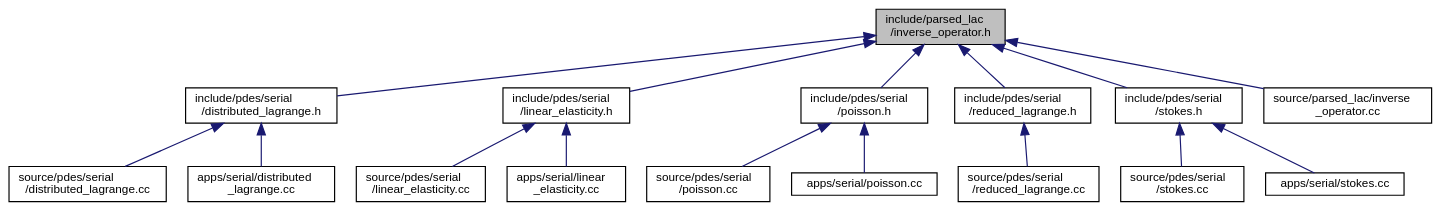
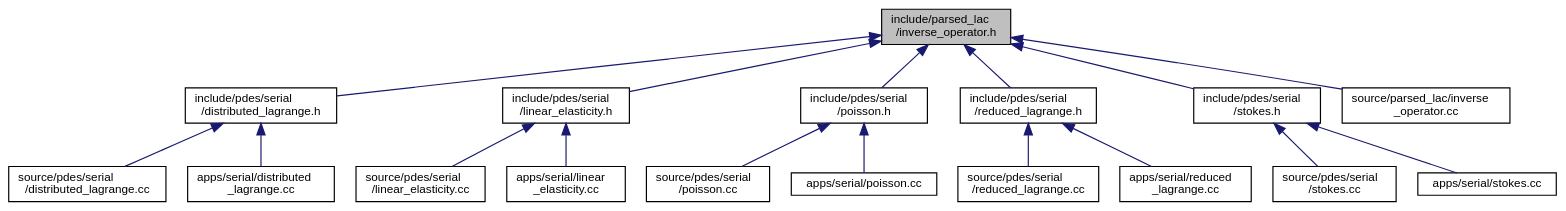
The diagram in inverse__operator_8h__dep__incl.dot (luca-heltai/fsi-suite), drawn with Graphviz before and after one commit. The commit also changed 609 other files, not shown here.

```diff
--- a/inverse__operator_8h__dep__incl.dot
+++ b/inverse__operator_8h__dep__incl.dot
@@ -1,38 +1,40 @@
 digraph "include/parsed_lac/inverse_operator.h"
 {
  // LATEX_PDF_SIZE
   bgcolor="transparent";
   edge [fontname="Helvetica",fontsize="10",labelfontname="Helvetica",labelfontsize="10"];
   node [fontname="Helvetica",fontsize="10",shape=record];
   Node1 [label="include/parsed_lac\l/inverse_operator.h",height=0.2,width=0.4,color="black", fillcolor="grey75", style="filled", fontcolor="black",tooltip=" "];
   Node1 -> Node2 [dir="back",color="midnightblue",fontsize="10",style="solid",fontname="Helvetica"];
   Node2 [label="include/pdes/serial\l/distributed_lagrange.h",height=0.2,width=0.4,color="black",URL="$distributed__lagrange_8h.html",tooltip=" "];
   Node2 -> Node3 [dir="back",color="midnightblue",fontsize="10",style="solid",fontname="Helvetica"];
   Node3 [label="source/pdes/serial\l/distributed_lagrange.cc",height=0.2,width=0.4,color="black",URL="$source_2pdes_2serial_2distributed__lagrange_8cc.html",tooltip=" "];
   Node2 -> Node4 [dir="back",color="midnightblue",fontsize="10",style="solid",fontname="Helvetica"];
   Node4 [label="apps/serial/distributed\l_lagrange.cc",height=0.2,width=0.4,color="black",URL="$apps_2serial_2distributed__lagrange_8cc.html",tooltip=" "];
   Node1 -> Node5 [dir="back",color="midnightblue",fontsize="10",style="solid",fontname="Helvetica"];
   Node5 [label="include/pdes/serial\l/linear_elasticity.h",height=0.2,width=0.4,color="black",URL="$linear__elasticity_8h.html",tooltip=" "];
   Node5 -> Node6 [dir="back",color="midnightblue",fontsize="10",style="solid",fontname="Helvetica"];
   Node6 [label="source/pdes/serial\l/linear_elasticity.cc",height=0.2,width=0.4,color="black",URL="$source_2pdes_2serial_2linear__elasticity_8cc.html",tooltip=" "];
   Node5 -> Node7 [dir="back",color="midnightblue",fontsize="10",style="solid",fontname="Helvetica"];
   Node7 [label="apps/serial/linear\l_elasticity.cc",height=0.2,width=0.4,color="black",URL="$apps_2serial_2linear__elasticity_8cc.html",tooltip=" "];
   Node1 -> Node8 [dir="back",color="midnightblue",fontsize="10",style="solid",fontname="Helvetica"];
   Node8 [label="include/pdes/serial\l/poisson.h",height=0.2,width=0.4,color="black",URL="$poisson_8h.html",tooltip=" "];
   Node8 -> Node9 [dir="back",color="midnightblue",fontsize="10",style="solid",fontname="Helvetica"];
   Node9 [label="source/pdes/serial\l/poisson.cc",height=0.2,width=0.4,color="black",URL="$source_2pdes_2serial_2poisson_8cc.html",tooltip=" "];
   Node8 -> Node10 [dir="back",color="midnightblue",fontsize="10",style="solid",fontname="Helvetica"];
   Node10 [label="apps/serial/poisson.cc",height=0.2,width=0.4,color="black",URL="$apps_2serial_2poisson_8cc.html",tooltip=" "];
   Node1 -> Node11 [dir="back",color="midnightblue",fontsize="10",style="solid",fontname="Helvetica"];
   Node11 [label="include/pdes/serial\l/reduced_lagrange.h",height=0.2,width=0.4,color="black",URL="$reduced__lagrange_8h.html",tooltip=" "];
   Node11 -> Node12 [dir="back",color="midnightblue",fontsize="10",style="solid",fontname="Helvetica"];
-  Node12 [label="source/pdes/serial\l/reduced_lagrange.cc",height=0.2,width=0.4,color="black",URL="$reduced__lagrange_8cc.html",tooltip=" "];
-  Node1 -> Node13 [dir="back",color="midnightblue",fontsize="10",style="solid",fontname="Helvetica"];
-  Node13 [label="include/pdes/serial\l/stokes.h",height=0.2,width=0.4,color="black",URL="$stokes_8h.html",tooltip=" "];
-  Node13 -> Node14 [dir="back",color="midnightblue",fontsize="10",style="solid",fontname="Helvetica"];
-  Node14 [label="source/pdes/serial\l/stokes.cc",height=0.2,width=0.4,color="black",URL="$source_2pdes_2serial_2stokes_8cc.html",tooltip=" "];
-  Node13 -> Node15 [dir="back",color="midnightblue",fontsize="10",style="solid",fontname="Helvetica"];
-  Node15 [label="apps/serial/stokes.cc",height=0.2,width=0.4,color="black",URL="$apps_2serial_2stokes_8cc.html",tooltip=" "];
-  Node1 -> Node16 [dir="back",color="midnightblue",fontsize="10",style="solid",fontname="Helvetica"];
-  Node16 [label="source/parsed_lac/inverse\l_operator.cc",height=0.2,width=0.4,color="black",URL="$inverse__operator_8cc.html",tooltip=" "];
+  Node12 [label="source/pdes/serial\l/reduced_lagrange.cc",height=0.2,width=0.4,color="black",URL="$source_2pdes_2serial_2reduced__lagrange_8cc.html",tooltip=" "];
+  Node11 -> Node13 [dir="back",color="midnightblue",fontsize="10",style="solid",fontname="Helvetica"];
+  Node13 [label="apps/serial/reduced\l_lagrange.cc",height=0.2,width=0.4,color="black",URL="$apps_2serial_2reduced__lagrange_8cc.html",tooltip=" "];
+  Node1 -> Node14 [dir="back",color="midnightblue",fontsize="10",style="solid",fontname="Helvetica"];
+  Node14 [label="include/pdes/serial\l/stokes.h",height=0.2,width=0.4,color="black",URL="$stokes_8h.html",tooltip=" "];
+  Node14 -> Node15 [dir="back",color="midnightblue",fontsize="10",style="solid",fontname="Helvetica"];
+  Node15 [label="source/pdes/serial\l/stokes.cc",height=0.2,width=0.4,color="black",URL="$source_2pdes_2serial_2stokes_8cc.html",tooltip=" "];
+  Node14 -> Node16 [dir="back",color="midnightblue",fontsize="10",style="solid",fontname="Helvetica"];
+  Node16 [label="apps/serial/stokes.cc",height=0.2,width=0.4,color="black",URL="$apps_2serial_2stokes_8cc.html",tooltip=" "];
+  Node1 -> Node17 [dir="back",color="midnightblue",fontsize="10",style="solid",fontname="Helvetica"];
+  Node17 [label="source/parsed_lac/inverse\l_operator.cc",height=0.2,width=0.4,color="black",URL="$inverse__operator_8cc.html",tooltip=" "];
 }
```
